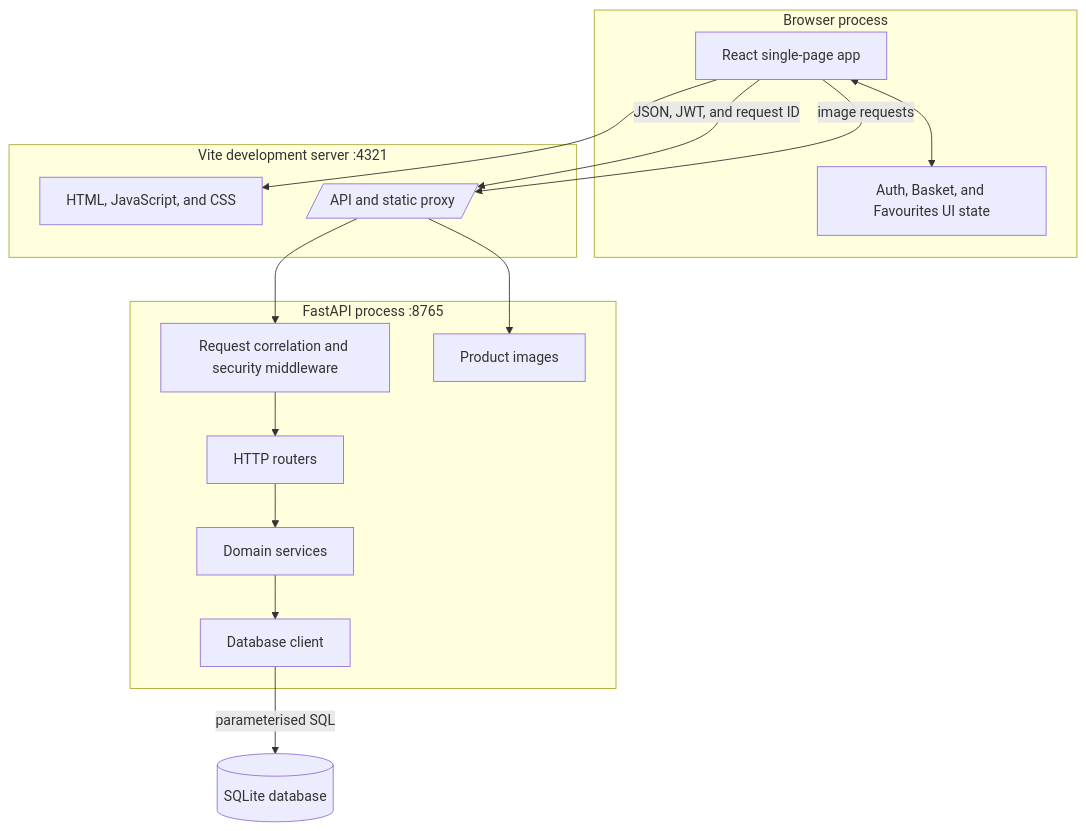
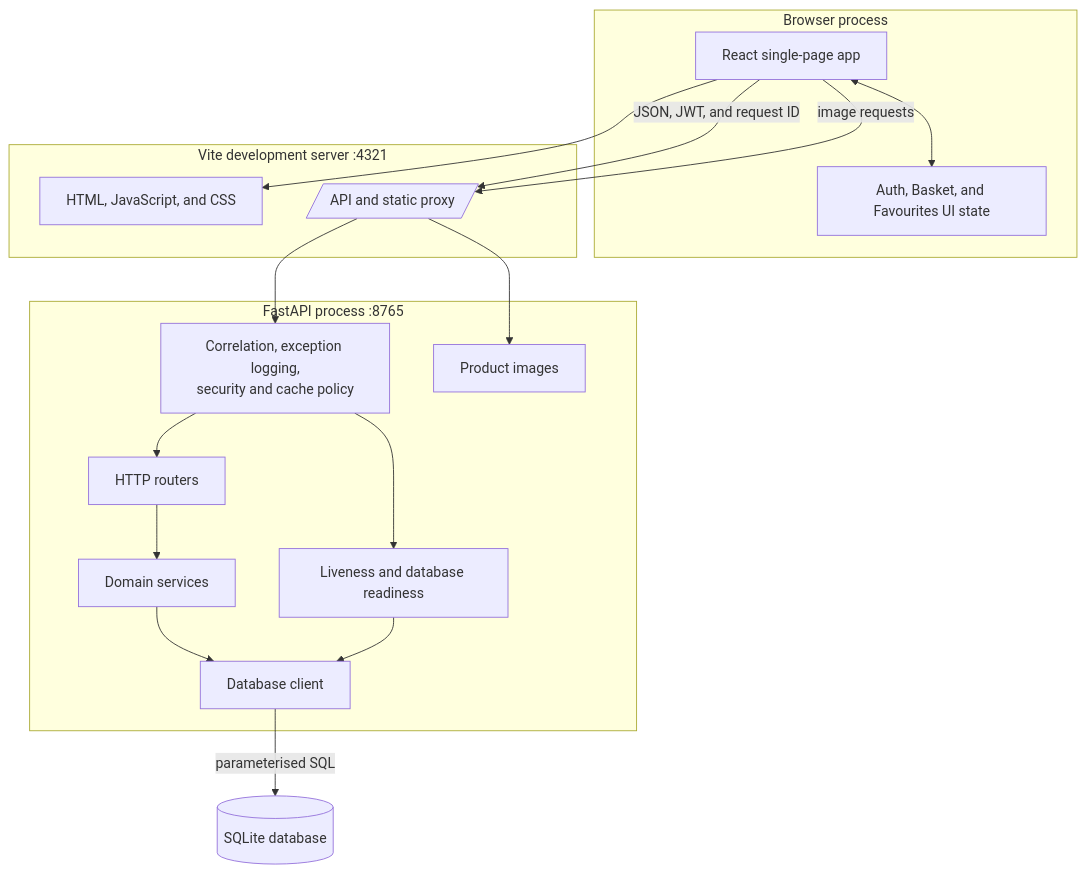
The second of 8 diagrams in docs/architecture.md (lucaintini/workshop-mp-skills-for-ai-native-devs), drawn with Mermaid before and after one commit. The commit also changed other lines of this file and 6 other files, not shown here.

Commit message:
Document resilient enterprise architecture

````diff
--- a/docs/architecture.md
+++ b/docs/architecture.md
@@ -34,29 +34,31 @@
 ```mermaid
 flowchart TB
     subgraph Client[Browser process]
         React[React single-page app]
         State[Auth, Basket, and Favourites UI state]
         React <--> State
     end
 
     subgraph Web[Vite development server :4321]
         Assets[HTML, JavaScript, and CSS]
         Proxy[/API and static proxy/]
     end
 
     subgraph Api[FastAPI process :8765]
-        Context[Request correlation and security middleware]
+        Context[Correlation, exception logging,<br/>security and cache policy]
+        Health[Liveness and database readiness]
         Routers[HTTP routers]
         Services[Domain services]
         DbClient[Database client]
         Static[Product images]
         Context --> Routers --> Services --> DbClient
+        Context --> Health --> DbClient
     end
 
     Database[(SQLite database)]
 
     React --> Assets
     React -->|JSON, JWT, and request ID| Proxy --> Context
     React -->|image requests| Proxy --> Static
     DbClient -->|parameterised SQL| Database
 ```
````
